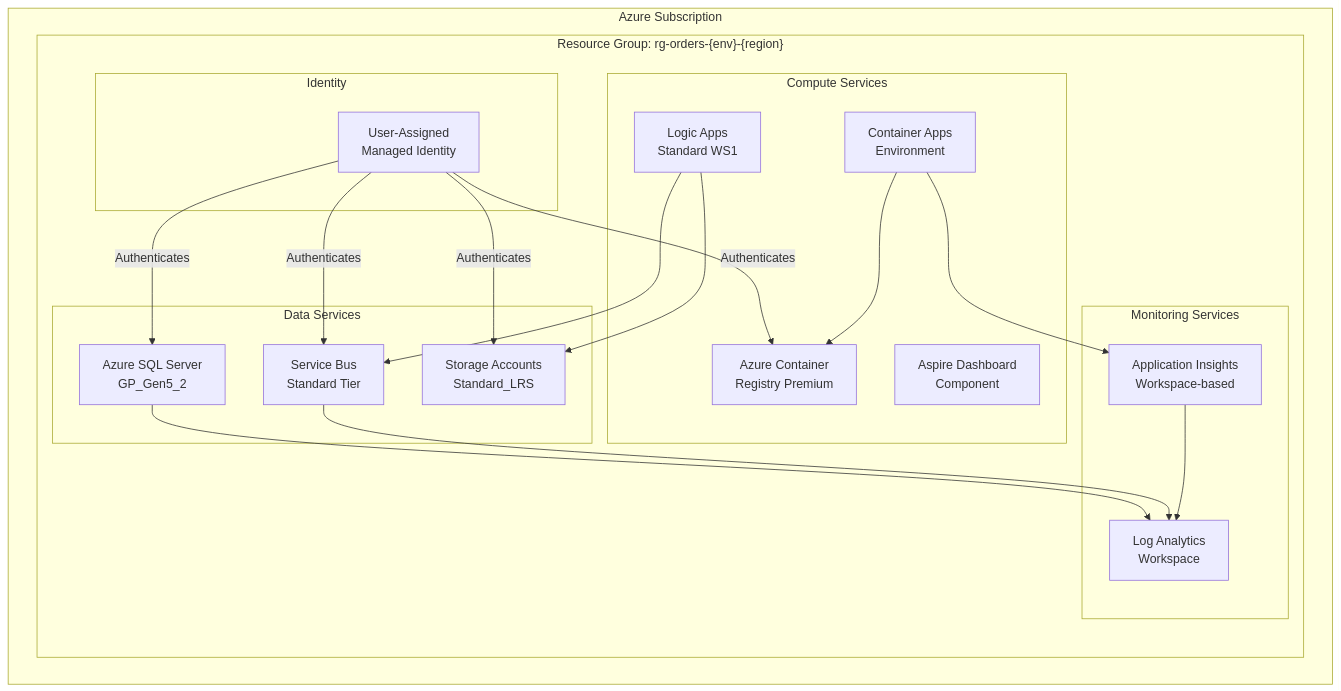
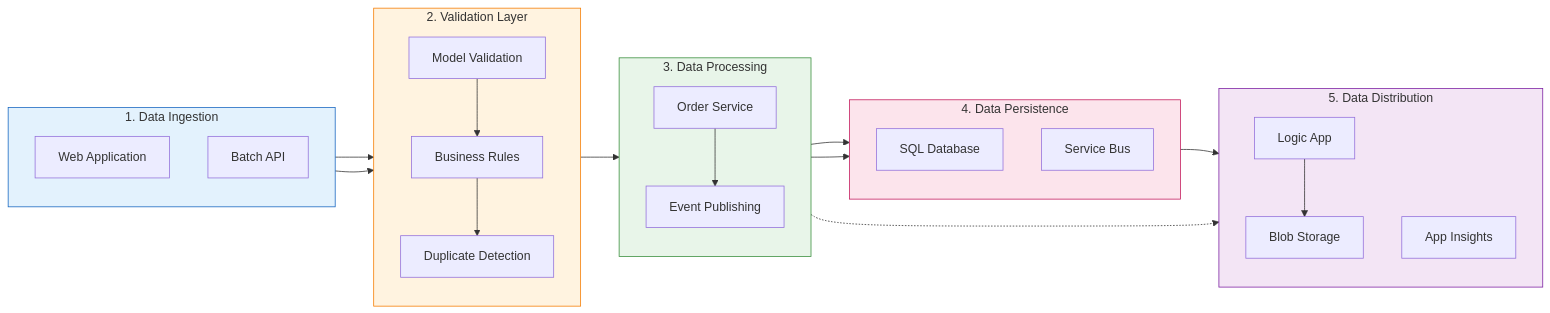
The seventh of 11 diagrams in docs/SolutionArchitecture.md (Evilazaro/Azure-LogicApps-Monitoring), drawn with Mermaid before and after one commit. The commit also changed other lines of this file, not shown here.

Commit message:
Implement feature X to enhance user experience and optimize performance

````diff
--- a/docs/SolutionArchitecture.md
+++ b/docs/SolutionArchitecture.md
@@ -350,42 +483,52 @@
 ```mermaid
-flowchart TD
-    subgraph AzureSubscription["Azure Subscription"]
-        subgraph ResourceGroup["Resource Group: rg-orders-{env}-{region}"]
-            subgraph Identity["Identity"]
-                ManagedIdentity["User-Assigned<br/>Managed Identity"]
-            end
-            
-            subgraph Compute["Compute Services"]
-                ContainerEnv["Container Apps<br/>Environment"]
-                ACR["Azure Container<br/>Registry Premium"]
-                LogicApp["Logic Apps<br/>Standard WS1"]
-                AspireDash["Aspire Dashboard<br/>Component"]
-            end
-            
-            subgraph Data["Data Services"]
-                SQLServer["Azure SQL Server<br/>GP_Gen5_2"]
-                ServiceBus["Service Bus<br/>Standard Tier"]
-                StorageAcct["Storage Accounts<br/>Standard_LRS"]
-            end
-            
-            subgraph Monitoring["Monitoring Services"]
-                AppInsights["Application Insights<br/>Workspace-based"]
-                LogAnalytics["Log Analytics<br/>Workspace"]
-            end
-        end
+flowchart LR
+    subgraph Ingestion["1. Data Ingestion"]
+        direction TB
+        WebUI["Web Application"]
+        BatchAPI["Batch API"]
     end
     
-    ManagedIdentity -->|"Authenticates"| SQLServer
-    ManagedIdentity -->|"Authenticates"| ServiceBus
-    ManagedIdentity -->|"Authenticates"| StorageAcct
-    ManagedIdentity -->|"Authenticates"| ACR
+    subgraph Validation["2. Validation Layer"]
+        direction TB
+        ModelValidation["Model Validation"]
+        BusinessRules["Business Rules"]
+        DuplicateCheck["Duplicate Detection"]
+    end
     
-    ContainerEnv --> ACR
-    ContainerEnv --> AppInsights
-    LogicApp --> ServiceBus
-    LogicApp --> StorageAcct
+    subgraph Processing["3. Data Processing"]
+        direction TB
+        OrderService["Order Service"]
+        EventPublish["Event Publishing"]
+    end
     
-    SQLServer --> LogAnalytics
-    ServiceBus --> LogAnalytics
-    AppInsights --> LogAnalytics
+    subgraph Persistence["4. Data Persistence"]
+        direction TB
+        SQLDatabase["SQL Database"]
+        MessageQueue["Service Bus"]
+    end
+    
+    subgraph Distribution["5. Data Distribution"]
+        direction TB
+        LogicWorkflow["Logic App"]
+        BlobStorage["Blob Storage"]
+        Telemetry["App Insights"]
+    end
+    
+    WebUI --> ModelValidation
+    BatchAPI --> ModelValidation
+    ModelValidation --> BusinessRules
+    BusinessRules --> DuplicateCheck
+    DuplicateCheck --> OrderService
+    OrderService --> SQLDatabase
+    OrderService --> EventPublish
+    EventPublish --> MessageQueue
+    MessageQueue --> LogicWorkflow
+    LogicWorkflow --> BlobStorage
+    OrderService -.-> Telemetry
+    
+    style Ingestion fill:#e3f2fd,stroke:#1565c0
+    style Validation fill:#fff3e0,stroke:#f57c00
+    style Processing fill:#e8f5e9,stroke:#388e3c
+    style Persistence fill:#fce4ec,stroke:#c2185b
+    style Distribution fill:#f3e5f5,stroke:#7b1fa2
 ```
````
